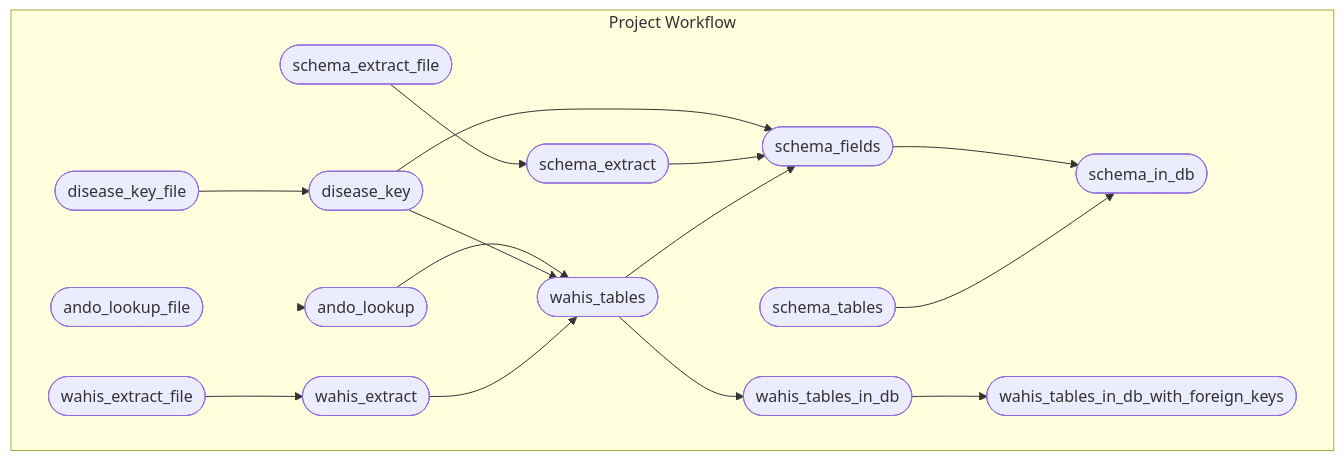
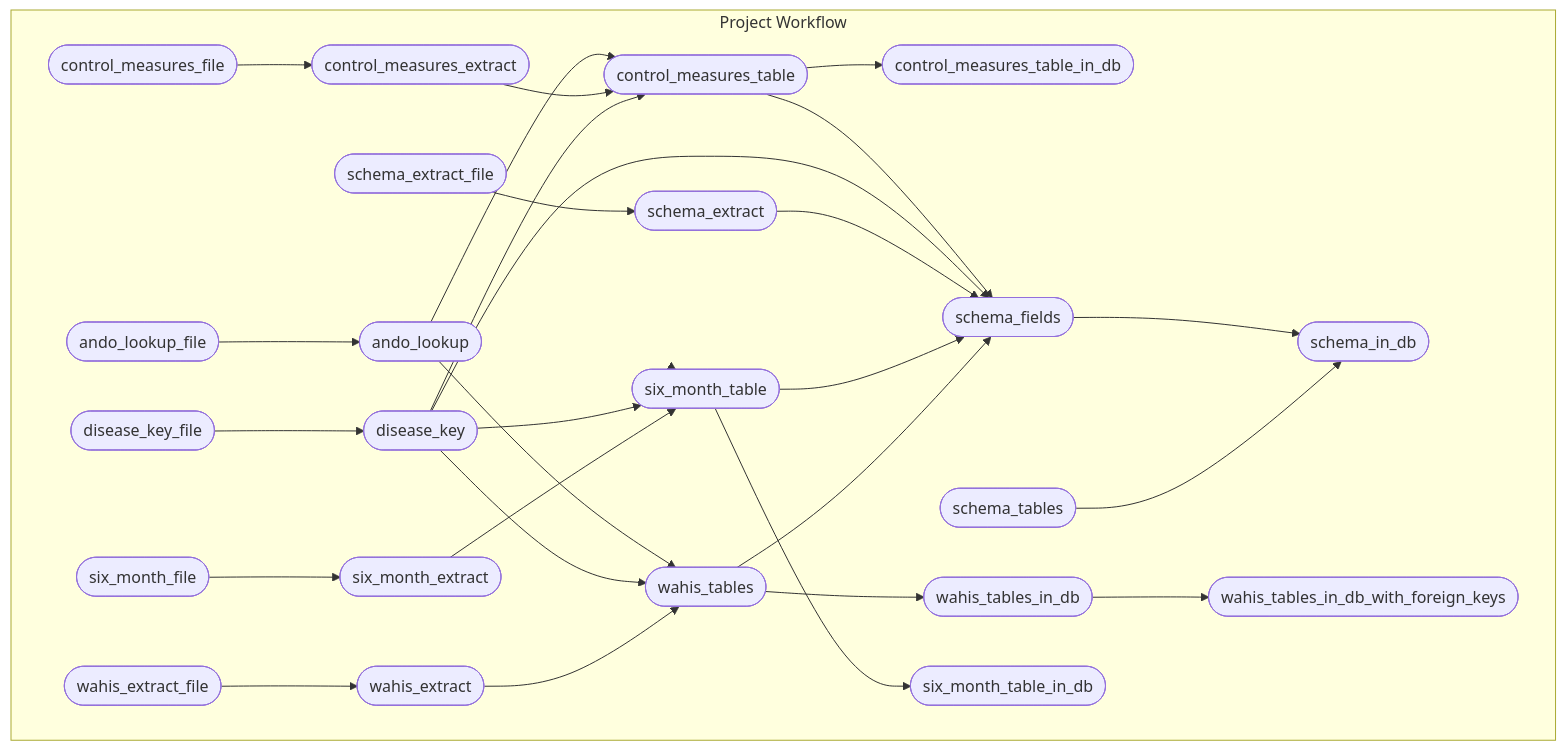
Before and after one commit to ecohealthalliance/wahisdb: the diagram in README.md, drawn with Mermaid. The commit also changed other lines of this file and 5 other files, not shown here.

````diff
--- a/README.md
+++ b/README.md
@@ -42,21 +47,33 @@
 ``` mermaid
 graph LR
 subgraph Project Workflow
     direction LR
-    x629c36d2af957bc8(["ando_lookup_file"]):::skipped --> x9f3106cdda58eb5e(["ando_lookup"]):::skipped
-    x985e8121d5fee0a3(["wahis_tables"]):::skipped --> x251c9f94619dd3ca(["wahis_tables_in_db"]):::skipped
-    xbddb73c04cc744ca(["disease_key_file"]):::skipped --> x3fa380dc1bb2ee6e(["disease_key"]):::skipped
-    xb062d399d449ab75(["schema_extract_file"]):::skipped --> xb8193a09354c7cc0(["schema_extract"]):::skipped
-    x6a8e2c18543f0da1(["wahis_extract_file"]):::skipped --> x800e0120ecf6dba0(["wahis_extract"]):::skipped
-    x9f3106cdda58eb5e(["ando_lookup"]):::skipped --> x985e8121d5fee0a3(["wahis_tables"]):::skipped
-    x3fa380dc1bb2ee6e(["disease_key"]):::skipped --> x985e8121d5fee0a3(["wahis_tables"]):::skipped
-    x800e0120ecf6dba0(["wahis_extract"]):::skipped --> x985e8121d5fee0a3(["wahis_tables"]):::skipped
-    x5cbe2bbd0725c754(["schema_fields"]):::skipped --> x9c3cd21d02b17883(["schema_in_db"]):::skipped
-    xe2a64b31ce9fa139(["schema_tables"]):::skipped --> x9c3cd21d02b17883(["schema_in_db"]):::skipped
-    x251c9f94619dd3ca(["wahis_tables_in_db"]):::skipped --> x1bd336b143fd25fb(["wahis_tables_in_db_with_foreign_keys"]):::skipped
-    x3fa380dc1bb2ee6e(["disease_key"]):::skipped --> x5cbe2bbd0725c754(["schema_fields"]):::skipped
-    xb8193a09354c7cc0(["schema_extract"]):::skipped --> x5cbe2bbd0725c754(["schema_fields"]):::skipped
-    x985e8121d5fee0a3(["wahis_tables"]):::skipped --> x5cbe2bbd0725c754(["schema_fields"]):::skipped
+    x9f3106cdda58eb5e(["ando_lookup"]):::queued --> xa3c86d4a4ccf7acc(["six_month_table"]):::queued
+    x3fa380dc1bb2ee6e(["disease_key"]):::queued --> xa3c86d4a4ccf7acc(["six_month_table"]):::queued
+    x1e1a7b77c7f535ce(["six_month_extract"]):::queued --> xa3c86d4a4ccf7acc(["six_month_table"]):::queued
+    x91216ef50cf9c7a2(["control_measures_table"]):::queued --> x0342fd6f5a92474b(["control_measures_table_in_db"]):::queued
+    x629c36d2af957bc8(["ando_lookup_file"]):::skipped --> x9f3106cdda58eb5e(["ando_lookup"]):::queued
+    xdb29bbcc08e88d8b(["control_measures_file"]):::skipped --> x08b65fdc2260a2a0(["control_measures_extract"]):::queued
+    x985e8121d5fee0a3(["wahis_tables"]):::queued --> x251c9f94619dd3ca(["wahis_tables_in_db"]):::queued
+    xbddb73c04cc744ca(["disease_key_file"]):::queued --> x3fa380dc1bb2ee6e(["disease_key"]):::queued
+    xb062d399d449ab75(["schema_extract_file"]):::queued --> xb8193a09354c7cc0(["schema_extract"]):::queued
+    x6b3c3493de9c64ab(["six_month_file"]):::queued --> x1e1a7b77c7f535ce(["six_month_extract"]):::queued
+    x6a8e2c18543f0da1(["wahis_extract_file"]):::skipped --> x800e0120ecf6dba0(["wahis_extract"]):::queued
+    x9f3106cdda58eb5e(["ando_lookup"]):::queued --> x91216ef50cf9c7a2(["control_measures_table"]):::queued
+    x08b65fdc2260a2a0(["control_measures_extract"]):::queued --> x91216ef50cf9c7a2(["control_measures_table"]):::queued
+    x3fa380dc1bb2ee6e(["disease_key"]):::queued --> x91216ef50cf9c7a2(["control_measures_table"]):::queued
+    x9f3106cdda58eb5e(["ando_lookup"]):::queued --> x985e8121d5fee0a3(["wahis_tables"]):::queued
+    x3fa380dc1bb2ee6e(["disease_key"]):::queued --> x985e8121d5fee0a3(["wahis_tables"]):::queued
+    x800e0120ecf6dba0(["wahis_extract"]):::queued --> x985e8121d5fee0a3(["wahis_tables"]):::queued
+    x5cbe2bbd0725c754(["schema_fields"]):::queued --> x9c3cd21d02b17883(["schema_in_db"]):::queued
+    xe2a64b31ce9fa139(["schema_tables"]):::queued --> x9c3cd21d02b17883(["schema_in_db"]):::queued
+    x251c9f94619dd3ca(["wahis_tables_in_db"]):::queued --> x1bd336b143fd25fb(["wahis_tables_in_db_with_foreign_keys"]):::queued
+    xa3c86d4a4ccf7acc(["six_month_table"]):::queued --> xd6445f363ad9c5a1(["six_month_table_in_db"]):::queued
+    x91216ef50cf9c7a2(["control_measures_table"]):::queued --> x5cbe2bbd0725c754(["schema_fields"]):::queued
+    x3fa380dc1bb2ee6e(["disease_key"]):::queued --> x5cbe2bbd0725c754(["schema_fields"]):::queued
+    xb8193a09354c7cc0(["schema_extract"]):::queued --> x5cbe2bbd0725c754(["schema_fields"]):::queued
+    xa3c86d4a4ccf7acc(["six_month_table"]):::queued --> x5cbe2bbd0725c754(["schema_fields"]):::queued
+    x985e8121d5fee0a3(["wahis_tables"]):::queued --> x5cbe2bbd0725c754(["schema_fields"]):::queued
   end
 linkStyle 0 stroke-width:0px;
 ```
````
